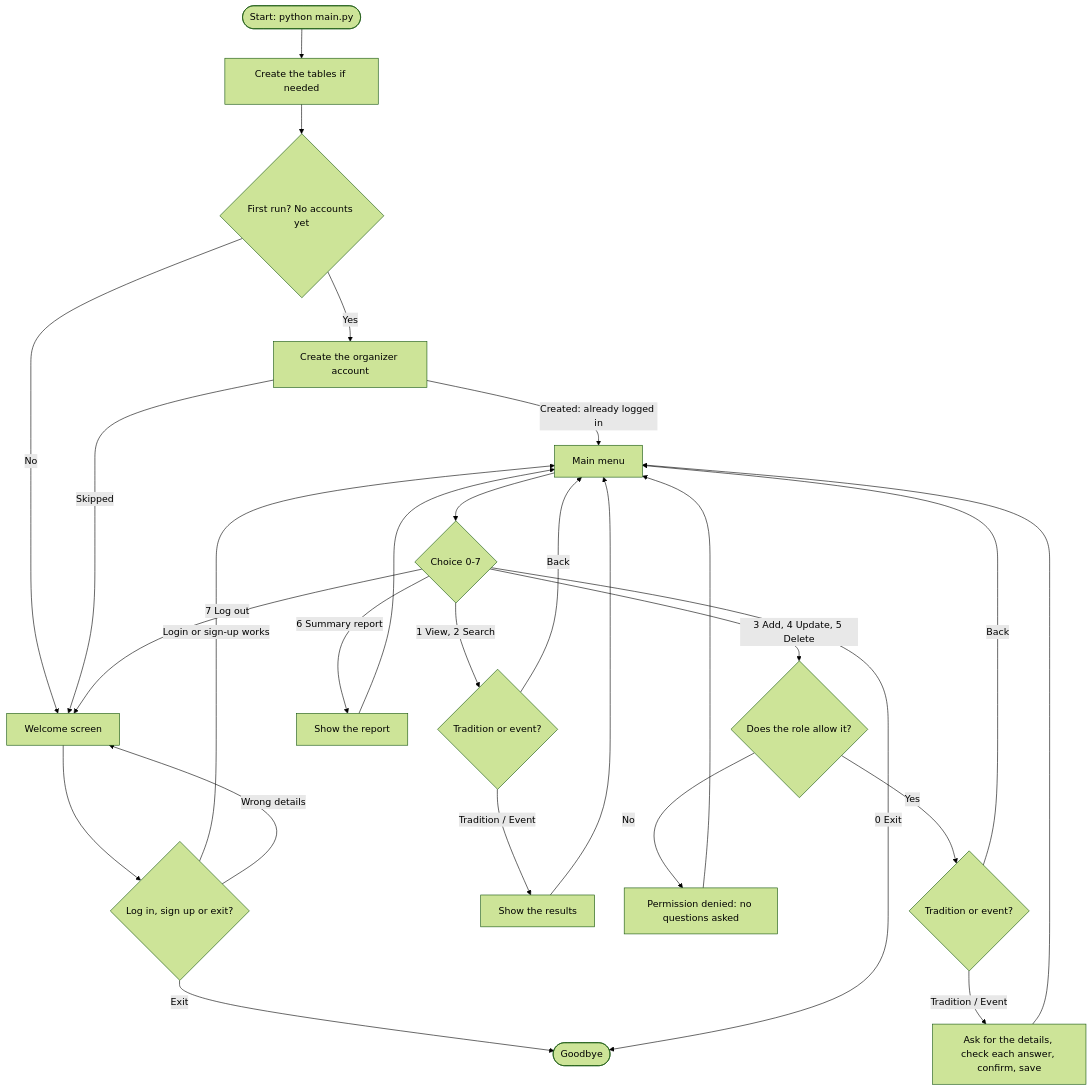
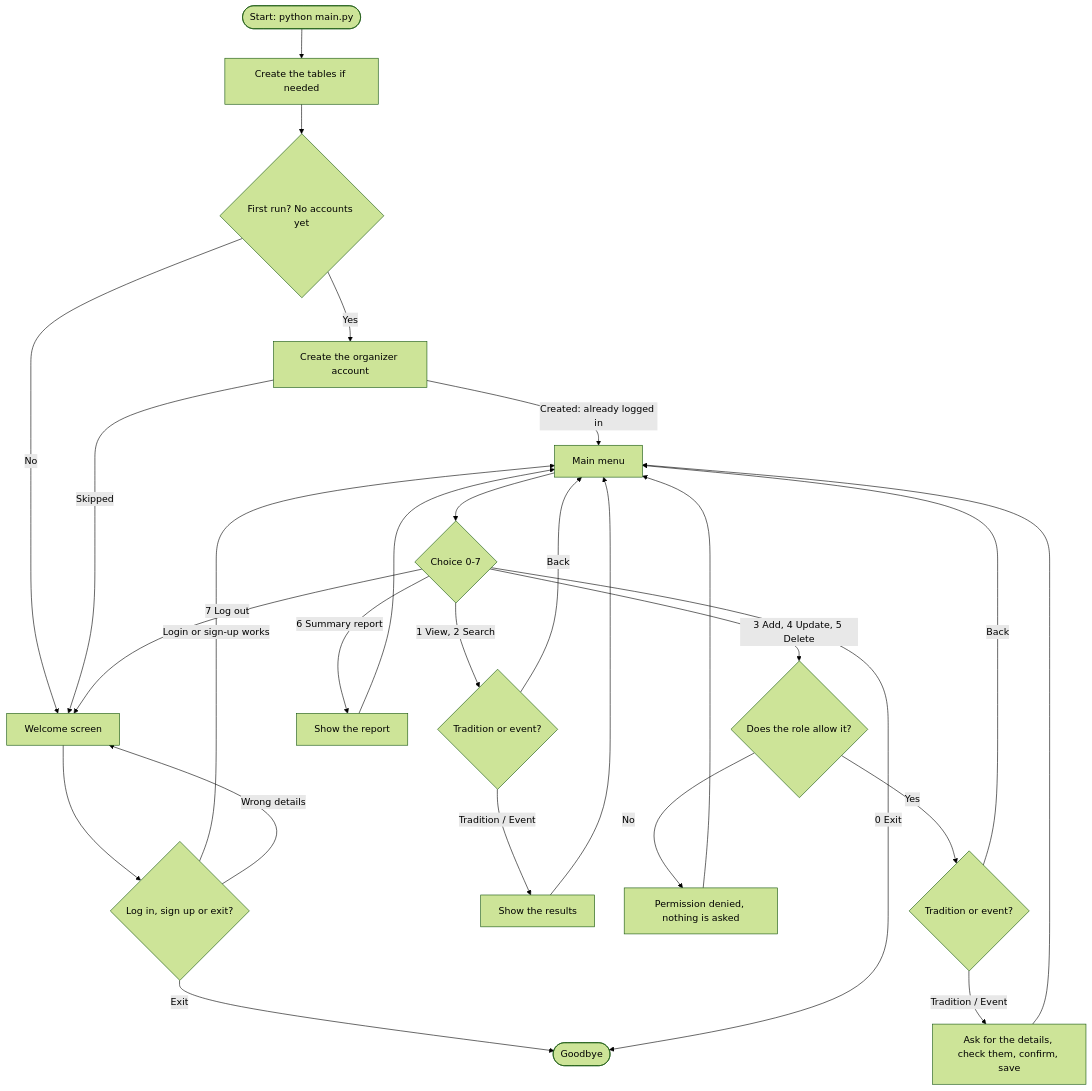
Before and after one commit to Deng-B-Leek/PLPG3_culture_log1: the diagram in README.md, drawn with Mermaid (forest theme). The commit also changed other lines of this file and 13 other files, not shown here.

````diff
--- a/README.md
+++ b/README.md
@@ -116,29 +109,29 @@
 ```mermaid
 flowchart TD
     A(["Start: python main.py"]) --> B["Create the tables if needed"]
     B --> C{"First run? No accounts yet"}
     C -- Yes --> D["Create the organizer account"]
     C -- No --> E["Welcome screen"]
     D -- "Created: already logged in" --> M
     D -- Skipped --> E
     E --> F{"Log in, sign up or exit?"}
     F -- "Login or sign-up works" --> M
     F -- "Wrong details" --> E
     F -- Exit --> Z(["Goodbye"])
     M["Main menu"] --> G{"Choice 0-7"}
     G -- "0 Exit" --> Z
     G -- "1 View, 2 Search" --> P1{"Tradition or event?"}
     P1 -- Back --> M
     P1 -- "Tradition / Event" --> R["Show the results"]
     R --> M
     G -- "6 Summary report" --> S["Show the report"]
     S --> M
     G -- "3 Add, 4 Update, 5 Delete" --> K{"Does the role allow it?"}
-    K -- No --> N["Permission denied: no questions asked"]
+    K -- No --> N["Permission denied, nothing is asked"]
     N --> M
     K -- Yes --> P2{"Tradition or event?"}
     P2 -- Back --> M
-    P2 -- "Tradition / Event" --> Q["Ask for the details, check each answer, confirm, save"]
+    P2 -- "Tradition / Event" --> Q["Ask for the details, check them, confirm, save"]
     Q --> M
     G -- "7 Log out" --> E
 ```
````
